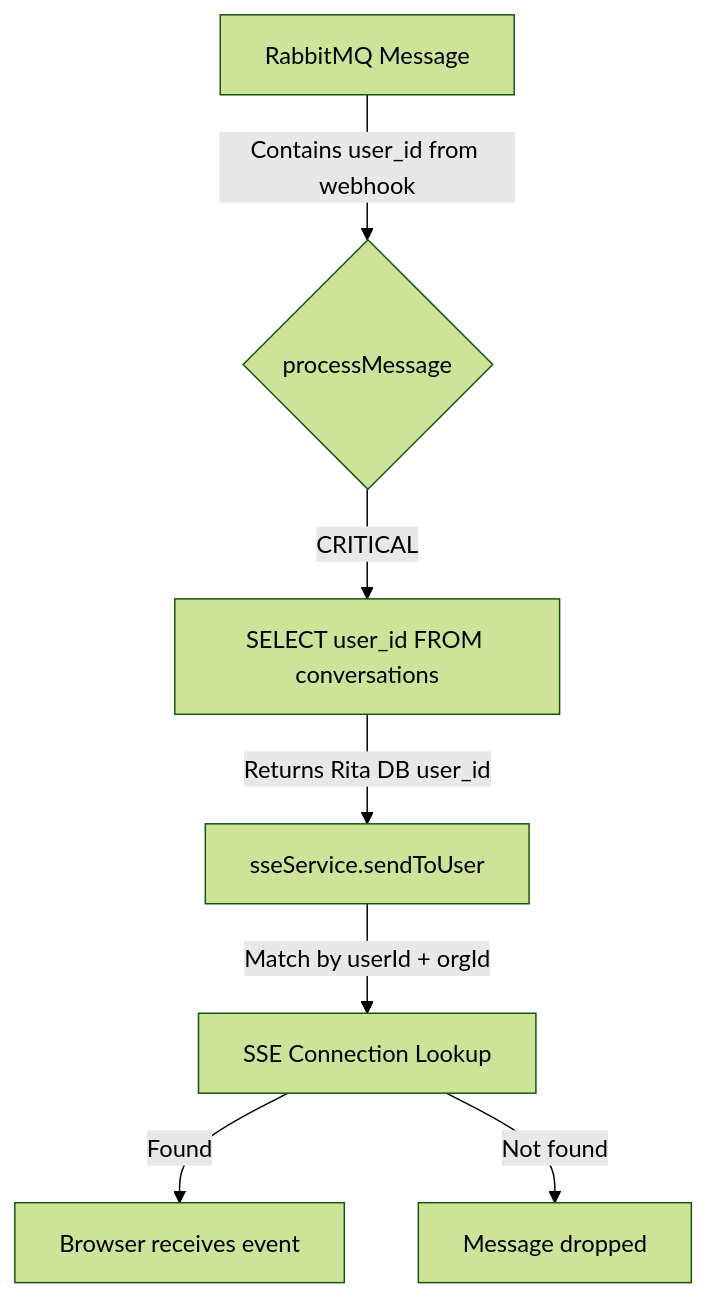
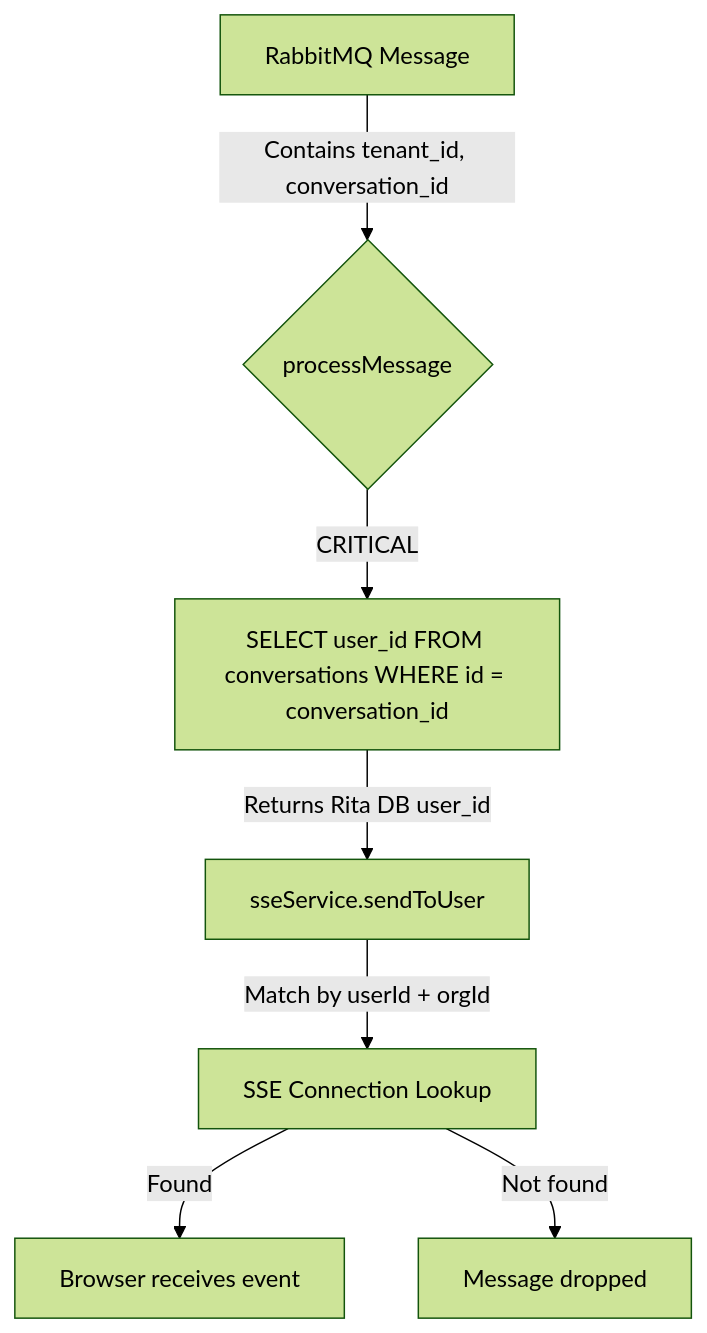
One commit to ewilhelmy-resolve/resolve-prototypes changed the sixth of 7 diagrams in docs/architecture/chat-message-flows.md. Above: the diagram before and after it, drawn with Mermaid (forest theme). The commit also changed other lines of this file and 9 other files, not shown here.

````diff
--- a/docs/architecture/chat-message-flows.md
+++ b/docs/architecture/chat-message-flows.md
@@ -314,9 +361,9 @@
 ```mermaid
 flowchart TD
-    A[RabbitMQ Message] -->|Contains user_id from webhook| B{processMessage}
-    B -->|CRITICAL| C[SELECT user_id FROM conversations]
+    A[RabbitMQ Message] -->|Contains tenant_id, conversation_id| B{processMessage}
+    B -->|CRITICAL| C[SELECT user_id FROM conversations WHERE id = conversation_id]
     C -->|Returns Rita DB user_id| D[sseService.sendToUser]
     D -->|Match by userId + orgId| E[SSE Connection Lookup]
     E -->|Found| F[Browser receives event]
     E -->|Not found| G[Message dropped]
 ```
````
